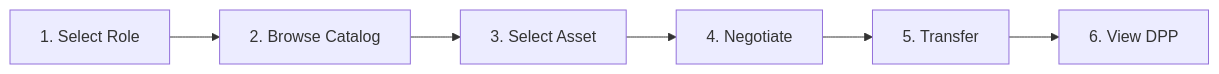
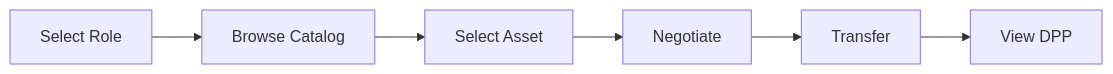
One commit to ma3u/MinimumViableDataspace changed the seventh of 8 diagrams in AEROSPACE-DEMO-README.md. Above: the diagram before and after it, drawn with Mermaid. The commit also changed other lines of this file, not shown here.

Commit message:
fix: Remove numbered list format from all Mermaid node labels

````diff
--- a/AEROSPACE-DEMO-README.md
+++ b/AEROSPACE-DEMO-README.md
@@ -532,8 +532,8 @@
 ```mermaid
 flowchart LR
-    A["1. Select Role"] --> B["2. Browse Catalog"]
-    B --> C["3. Select Asset"]
-    C --> D["4. Negotiate"]
-    D --> E["5. Transfer"]
-    E --> F["6. View DPP"]
+    A[Select Role] --> B[Browse Catalog]
+    B --> C[Select Asset]
+    C --> D[Negotiate]
+    D --> E[Transfer]
+    E --> F[View DPP]
 ```
````
